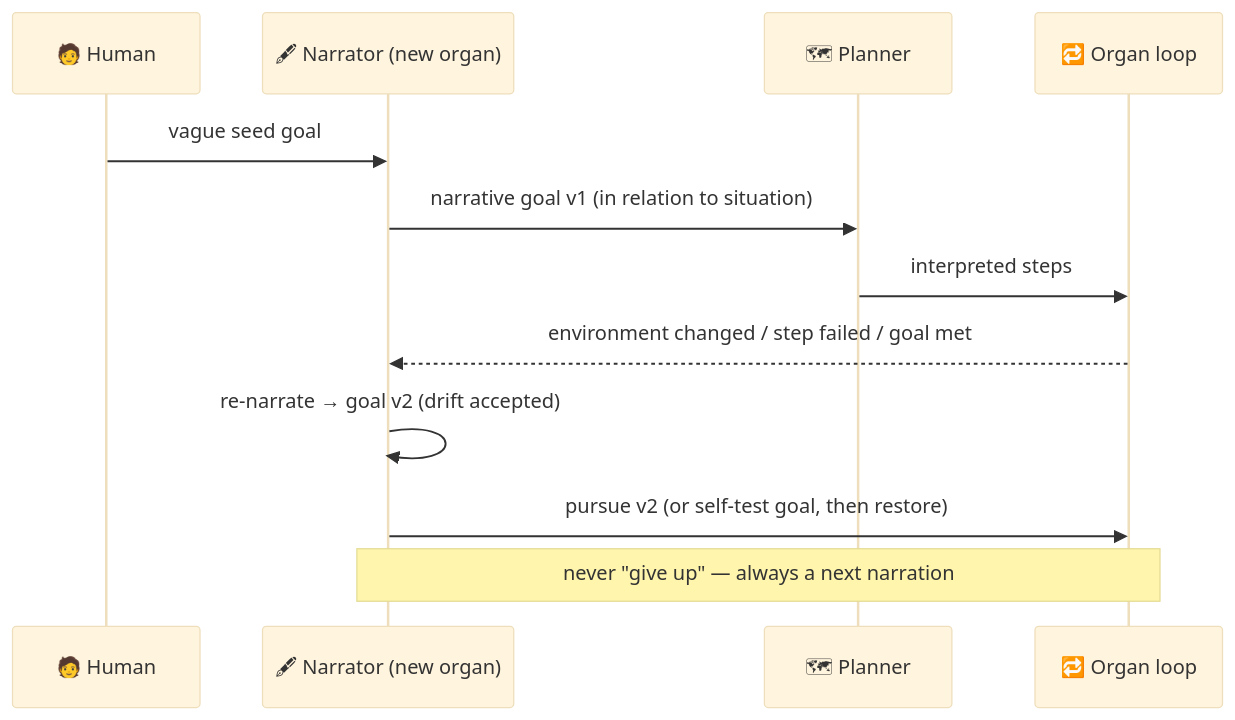
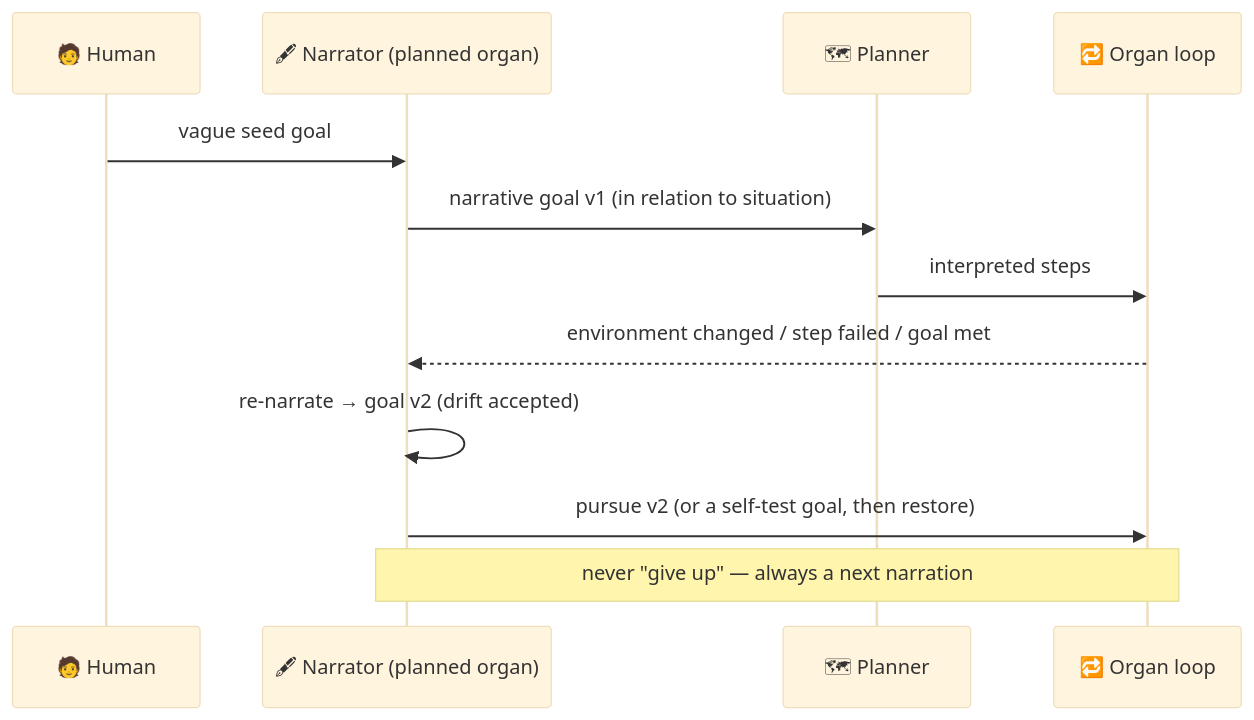
One commit to wgabrys88/endgame-ai changed the third of 4 diagrams in README.md. Above: the diagram before and after it, drawn with Mermaid (base theme). The commit also changed other lines of this file, not shown here.

````diff
--- a/README.md
+++ b/README.md
@@ -243,14 +162,14 @@
 ```mermaid
 sequenceDiagram
     participant H as 🧑 Human
-    participant N as 🖋 Narrator (new organ)
+    participant N as 🖋 Narrator (planned organ)
     participant P as 🗺 Planner
     participant L as 🔁 Organ loop
     H->>N: vague seed goal
     N->>P: narrative goal v1 (in relation to situation)
     P->>L: interpreted steps
     L-->>N: environment changed / step failed / goal met
     N->>N: re-narrate → goal v2 (drift accepted)
-    N->>L: pursue v2 (or self-test goal, then restore)
+    N->>L: pursue v2 (or a self-test goal, then restore)
     Note over N,L: never "give up" — always a next narration
 ```
````
